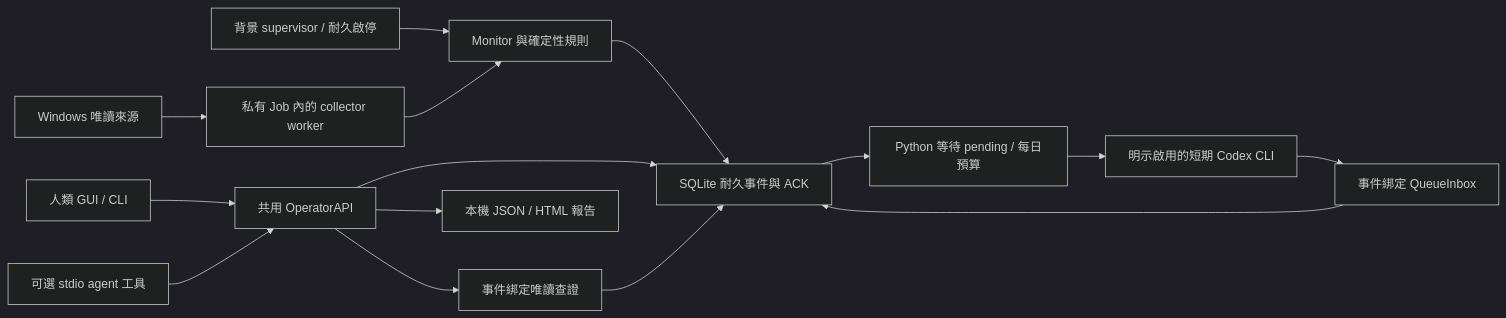
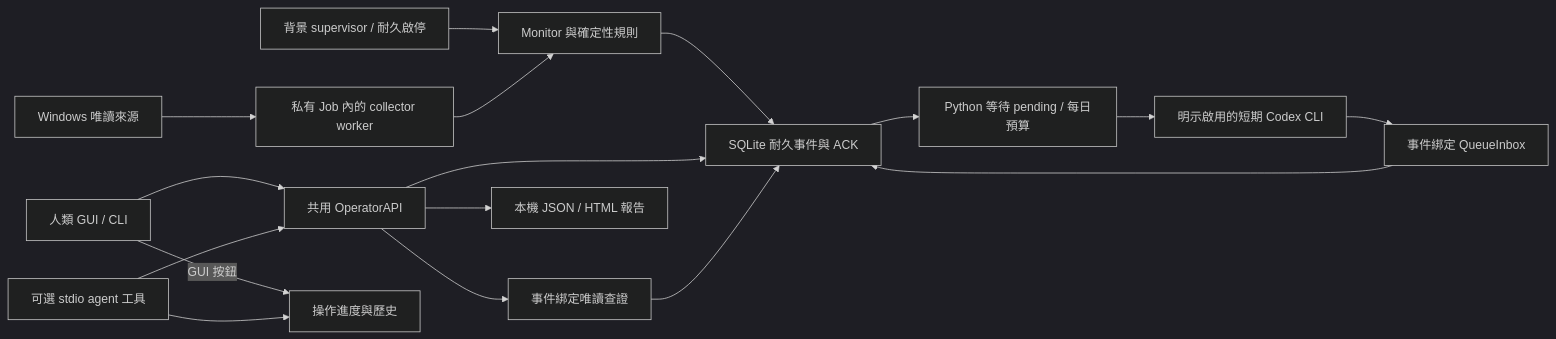
One commit to SecludedCorner/EventGuard changed the diagram in README.md. Above: the diagram before and after it, drawn with Mermaid (dark theme). The commit also changed other lines of this file and 27 other files, not shown here.

````diff
--- a/README.md
+++ b/README.md
@@ -19,17 +21,19 @@
 ```mermaid
 flowchart LR
     B[背景 supervisor / 耐久啟停] --> M
     W[Windows 唯讀來源] --> J[私有 Job 內的 collector worker]
     J --> M[Monitor 與確定性規則]
     M --> S[SQLite 耐久事件與 ACK]
     H[人類 GUI / CLI] --> O[共用 OperatorAPI]
     A[可選 stdio agent 工具] --> O
     O --> S
     O --> Q[事件綁定唯讀查證]
     Q --> S
     O --> R[本機 JSON / HTML 報告]
     S --> D[Python 等待 pending / 每日預算]
     D --> C[明示啟用的短期 Codex CLI]
     C --> I[事件綁定 QueueInbox]
     I --> S
+    H -->|GUI 按鈕| L[操作進度與歷史]
+    A --> L
 ```
````
